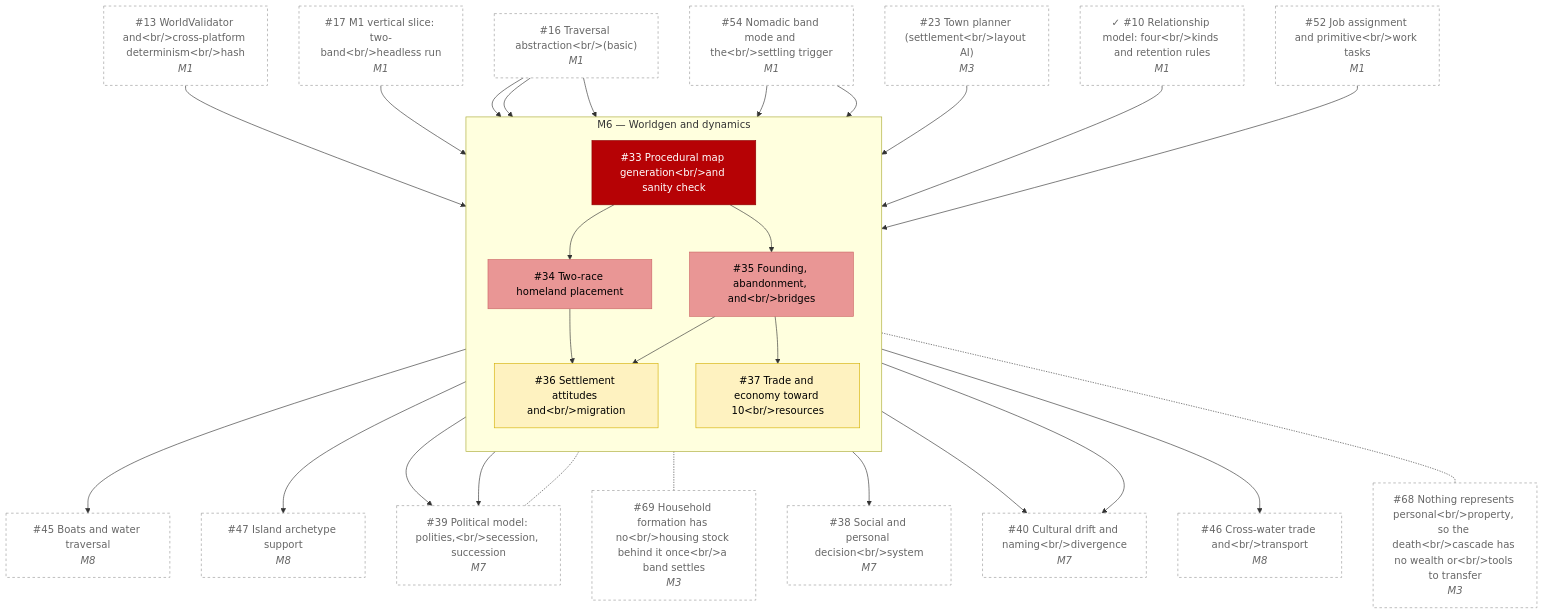
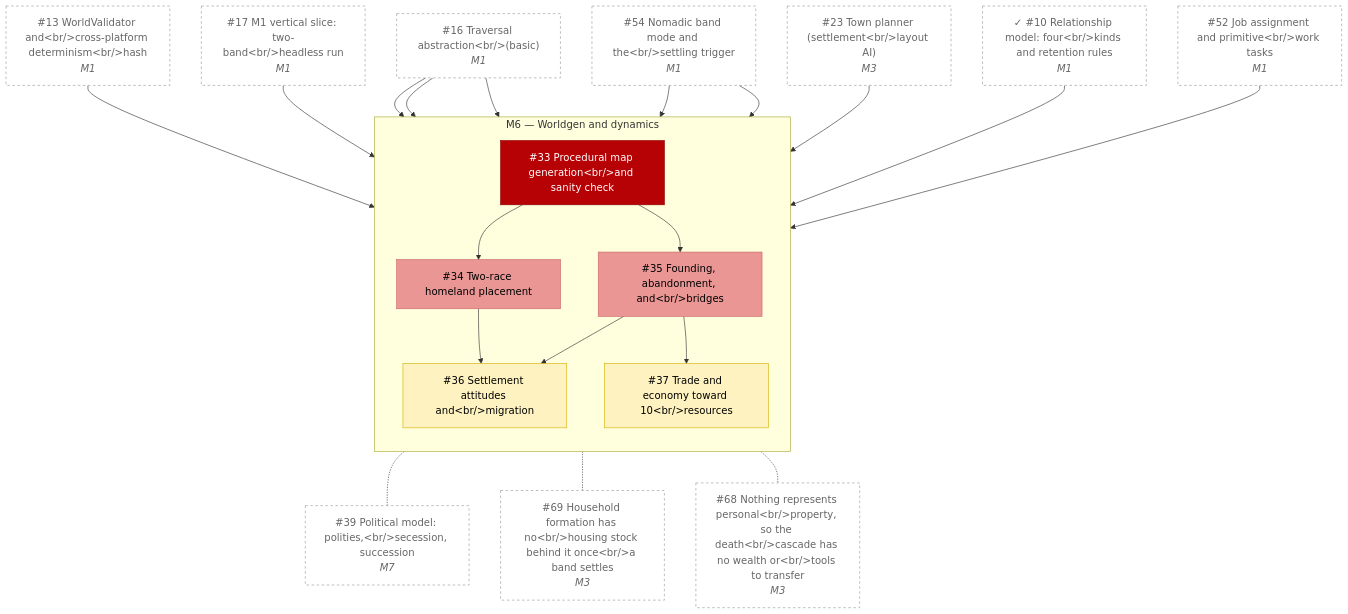
One commit to zhollis21/KingdomWatch changed the diagram in docs/roadmap/M6.md. Above: the diagram before and after it, drawn with Mermaid. The commit also changed 7 other files, not shown here.

````diff
--- a/docs/roadmap/M6.md
+++ b/docs/roadmap/M6.md
@@ -9,59 +9,46 @@
 ```mermaid
 flowchart TD
   subgraph MSM6Worldgenanddynamics["M6 — Worldgen and dynamics"]
     direction TD
     I33["#33 Procedural map generation#lt;br/#gt;and sanity check"]:::p0
     I34["#34 Two-race homeland placement"]:::p1
     I35["#35 Founding, abandonment, and#lt;br/#gt;bridges"]:::p1
     I36["#36 Settlement attitudes and#lt;br/#gt;migration"]:::p2
     I37["#37 Trade and economy toward 10#lt;br/#gt;resources"]:::p2
   end
   I10["✓ #10 Relationship model: four#lt;br/#gt;kinds and retention rules<br/><i>M1</i>"]:::ext
   I13["#13 WorldValidator and#lt;br/#gt;cross-platform determinism#lt;br/#gt;hash<br/><i>M1</i>"]:::ext
   I16["#16 Traversal abstraction#lt;br/#gt;(basic)<br/><i>M1</i>"]:::ext
   I17["#17 M1 vertical slice: two-band#lt;br/#gt;headless run<br/><i>M1</i>"]:::ext
   I23["#23 Town planner (settlement#lt;br/#gt;layout AI)<br/><i>M3</i>"]:::ext
-  I38["#38 Social and personal decision#lt;br/#gt;system<br/><i>M7</i>"]:::ext
   I39["#39 Political model: polities,#lt;br/#gt;secession, succession<br/><i>M7</i>"]:::ext
-  I40["#40 Cultural drift and naming#lt;br/#gt;divergence<br/><i>M7</i>"]:::ext
-  I45["#45 Boats and water traversal<br/><i>M8</i>"]:::ext
-  I46["#46 Cross-water trade and#lt;br/#gt;transport<br/><i>M8</i>"]:::ext
-  I47["#47 Island archetype support<br/><i>M8</i>"]:::ext
   I52["#52 Job assignment and primitive#lt;br/#gt;work tasks<br/><i>M1</i>"]:::ext
   I54["#54 Nomadic band mode and the#lt;br/#gt;settling trigger<br/><i>M1</i>"]:::ext
   I68["#68 Nothing represents personal#lt;br/#gt;property, so the death#lt;br/#gt;cascade has no wealth or#lt;br/#gt;tools to transfer<br/><i>M3</i>"]:::ext
   I69["#69 Household formation has no#lt;br/#gt;housing stock behind it once#lt;br/#gt;a band settles<br/><i>M3</i>"]:::ext
   I13 --> I33
   I16 --> I33
   I17 --> I33
-  I33 --> I45
-  I33 --> I47
   I33 --> I34
   I54 --> I34
-  I34 --> I39
   I16 --> I35
   I23 --> I35
   I33 --> I35
   I54 --> I35
-  I35 --> I39
   I35 -.- I39
   I35 -.- I69
   I10 --> I36
   I34 --> I36
   I35 --> I36
-  I36 --> I38
-  I36 --> I40
   I16 --> I37
   I35 --> I37
   I52 --> I37
-  I37 --> I40
-  I37 --> I46
   I37 -.- I68
   classDef p0 fill:#b60205,color:#fff,stroke:#8c0000
   classDef p1 fill:#e99695,color:#000,stroke:#c66
   classDef p2 fill:#fef2c0,color:#000,stroke:#d4b106
   classDef p3 fill:#ededed,color:#000,stroke:#bbb
   classDef none fill:#fff,color:#000,stroke:#999
   classDef done fill:#2da44e,color:#fff,stroke:#1a7f37
   classDef ext fill:#fff,color:#666,stroke:#999,stroke-dasharray:4 4
 ```
````
